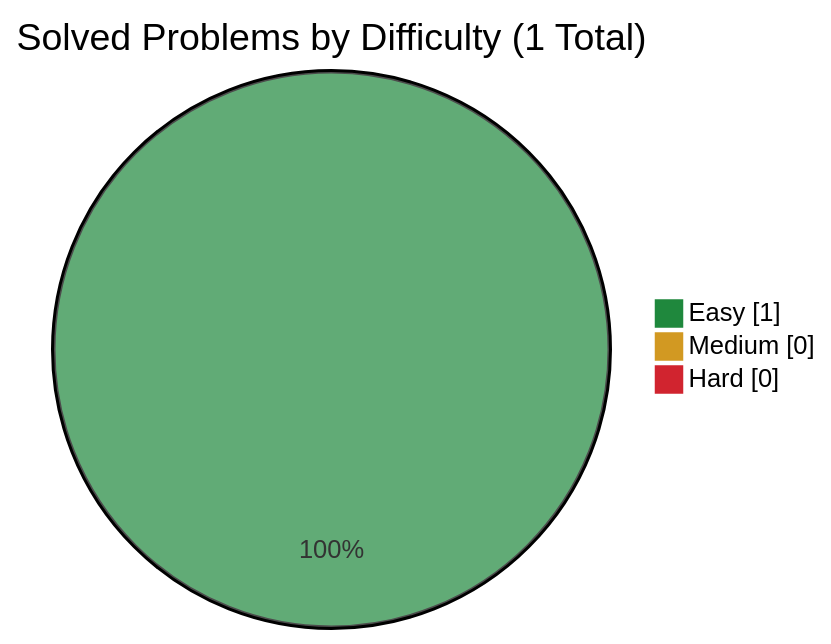
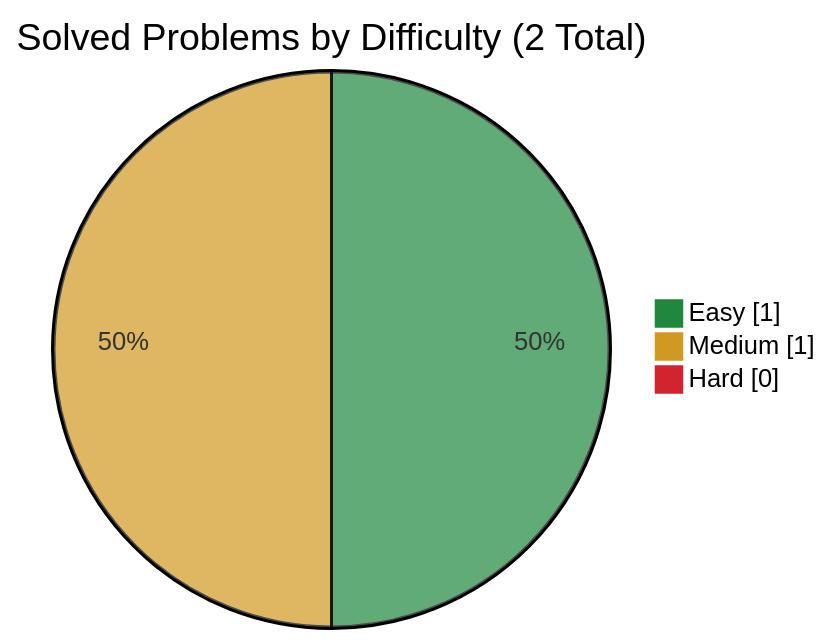
The diagram in companies/ibm/README.md (simonesiega/leetcode-solutions), drawn with Mermaid before and after one commit. The commit also changed other lines of this file and 4 other files, not shown here.

````diff
--- a/companies/ibm/README.md
+++ b/companies/ibm/README.md
@@ -13,8 +13,8 @@
 ```mermaid
 %%{init: {"themeVariables": {"pie1": "#1f883d", "pie2": "#d29922", "pie3": "#d1242f"}}}%%
 pie showData
-    title Solved Problems by Difficulty (1 Total)
+    title Solved Problems by Difficulty (2 Total)
     "Easy" : 1
-    "Medium" : 0
+    "Medium" : 1
     "Hard" : 0
 ```
````
